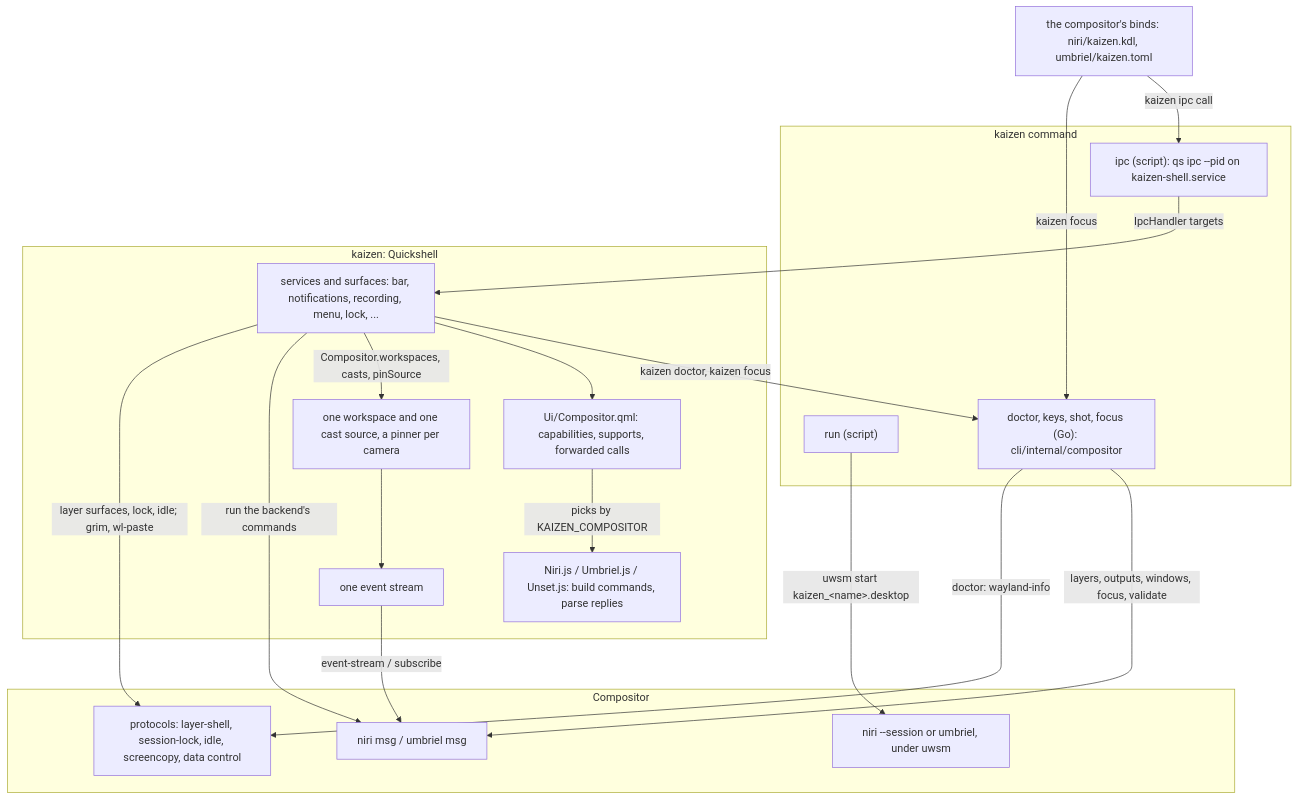
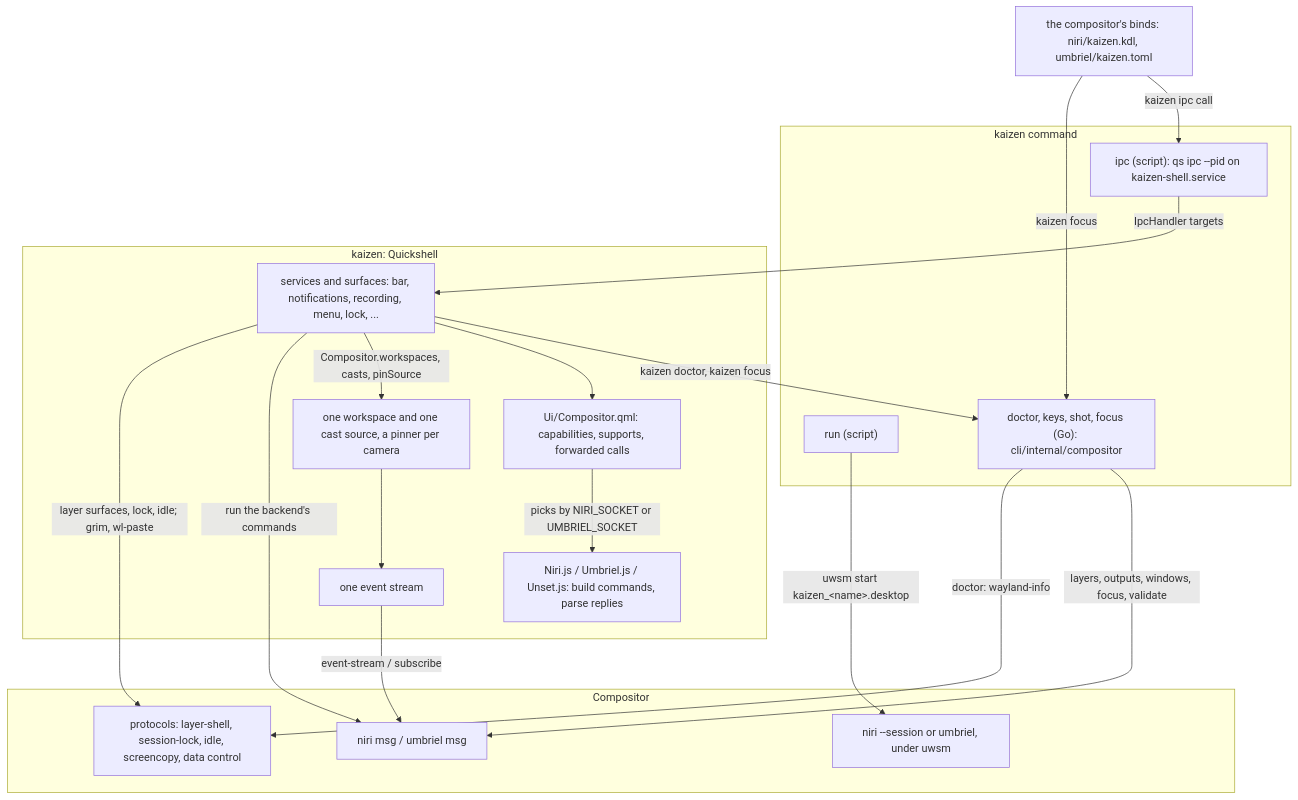
One commit to fredrikaverpil/dotfiles changed the first of 2 diagrams in kaizen/README.md. Above: the diagram before and after it, drawn with Mermaid. The commit also changed other lines of this file and 11 other files, not shown here.

First line of the commit message:
feat(kaizen): pick the compositor by its socket variable

````diff
--- a/kaizen/README.md
+++ b/kaizen/README.md
@@ -38,35 +38,35 @@
 ```mermaid
 flowchart TB
   binds["the compositor's binds: niri/kaizen.kdl, umbriel/kaizen.toml"]
   subgraph CLI[kaizen command]
     run["run (script)"]
     kipc["ipc (script): qs ipc --pid on kaizen-shell.service"]
     go["doctor, keys, shot, focus (Go): cli/internal/compositor"]
   end
   subgraph SHELL[kaizen: Quickshell]
     users["services and surfaces: bar, notifications, recording, menu, lock, ..."]
     facade["Ui/Compositor.qml: capabilities, supports, forwarded calls"]
     backend["Niri.js / Umbriel.js / Unset.js: build commands, parse replies"]
     sources["one workspace and one cast source, a pinner per camera"]
     events["one event stream"]
   end
   subgraph WM[Compositor]
     comp["niri --session or umbriel, under uwsm"]
     msg["niri msg / umbriel msg"]
     proto["protocols: layer-shell, session-lock, idle, screencopy, data control"]
   end
   binds -->|"kaizen ipc call"| kipc
   binds -->|"kaizen focus"| go
   run -->|"uwsm start kaizen_&lt;name&gt;.desktop"| comp
   kipc -->|"IpcHandler targets"| users
   users -->|"kaizen doctor, kaizen focus"| go
   go -->|"layers, outputs, windows, focus, validate"| msg
   go -->|"doctor: wayland-info"| proto
   users --> facade
-  facade -->|"picks by KAIZEN_COMPOSITOR"| backend
+  facade -->|"picks by NIRI_SOCKET or UMBRIEL_SOCKET"| backend
   users -->|"Compositor.workspaces, casts, pinSource"| sources
   sources --> events
   users -->|"run the backend's commands"| msg
   events -->|"event-stream / subscribe"| msg
   users -->|"layer surfaces, lock, idle; grim, wl-paste"| proto
 ```
````
